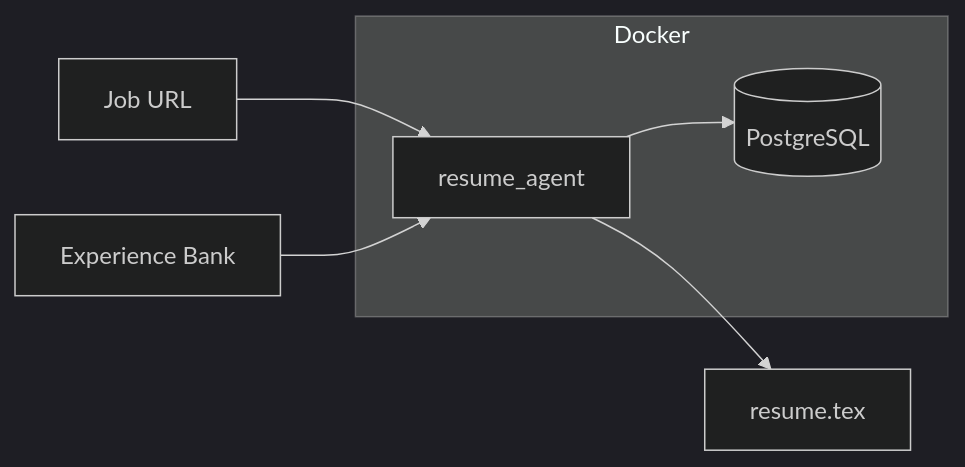
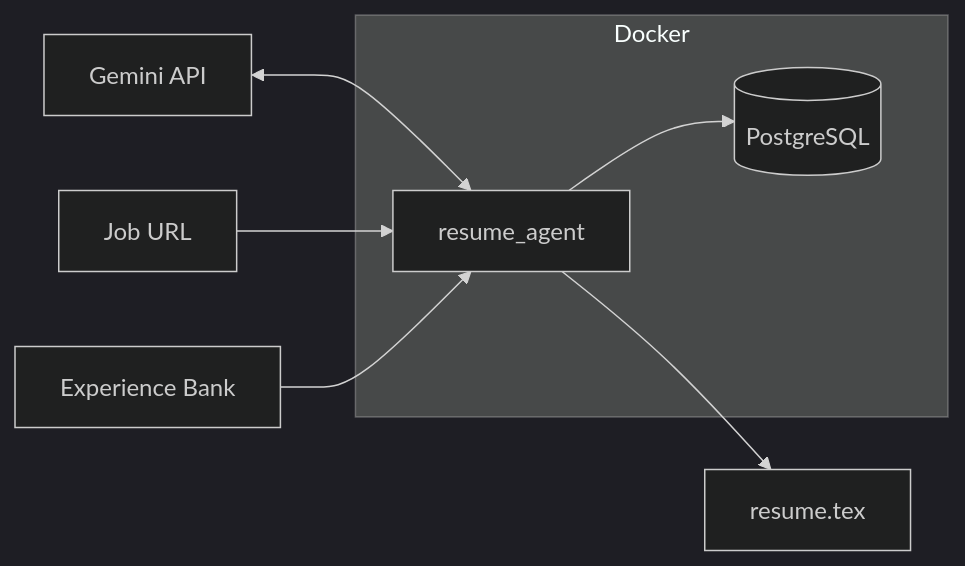
One commit to jonkmatsumo/resume-customizer changed the first of 2 diagrams in README.md. Above: the diagram before and after it, drawn with Mermaid (dark theme). The commit also changed 6 other files, not shown here.

````diff
--- a/README.md
+++ b/README.md
@@ -20,12 +20,13 @@
 ```mermaid
 flowchart LR
     subgraph Docker
         DB[(PostgreSQL)]
         APP[resume_agent]
     end
     
+    LLM[Gemini API] <--> APP
     JOB[Job URL] --> APP
     EXP[Experience Bank] --> APP
     APP --> DB
     APP --> TEX[resume.tex]
 ```
````
